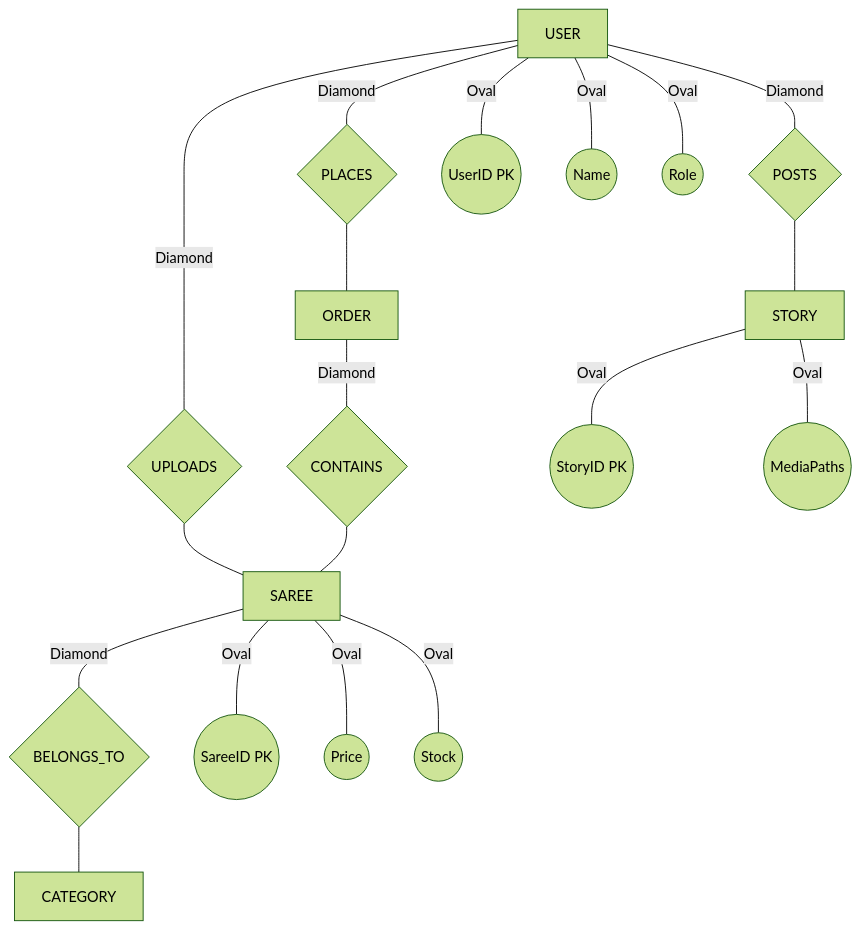
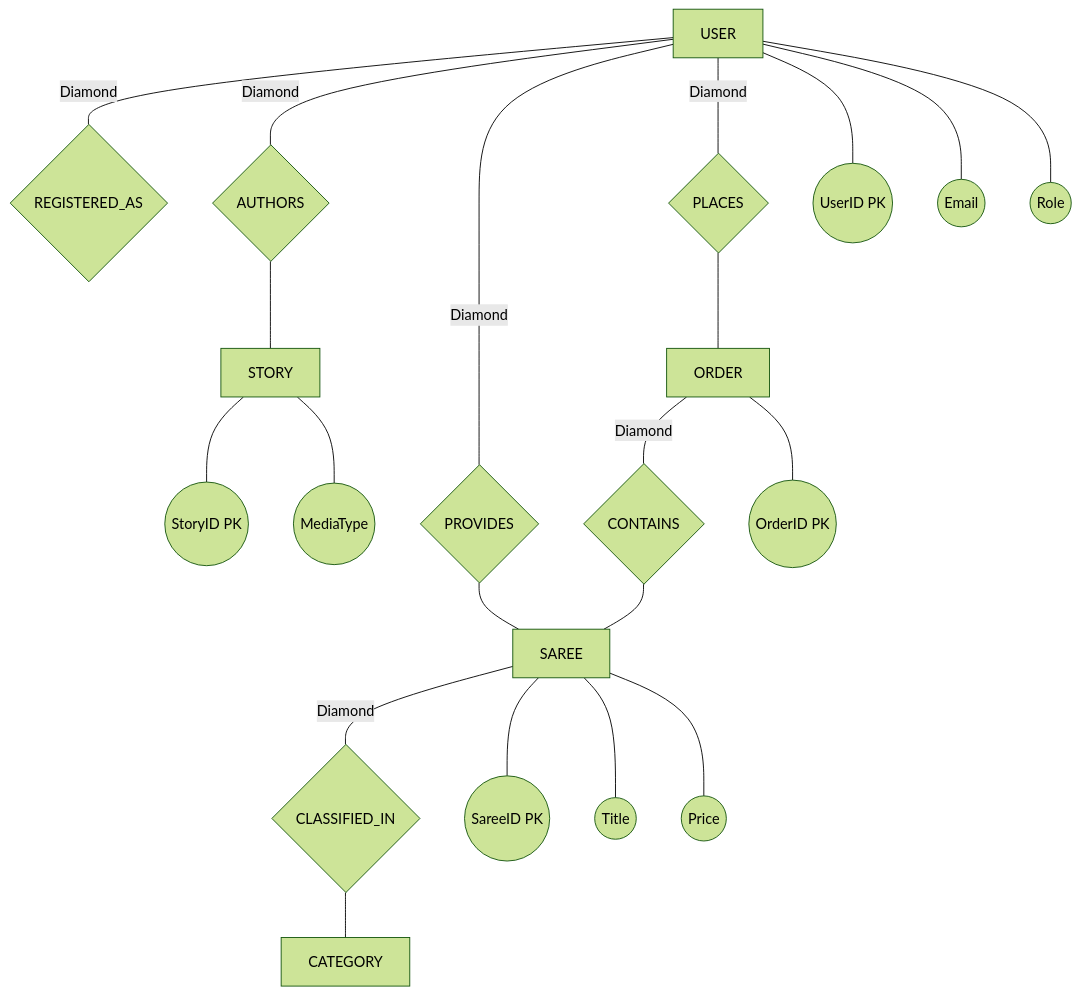
One commit to iBOYJAI/handloom-weavers-nexus changed the third of 3 diagrams in COMPLETE_PROJECT_REPORT.md. Above: the diagram before and after it, drawn with Mermaid (forest theme). The commit also changed other lines of this file and 1 other file, not shown here.

````diff
--- a/COMPLETE_PROJECT_REPORT.md
+++ b/COMPLETE_PROJECT_REPORT.md
@@ -203,26 +286,28 @@
 ```mermaid
 flowchart TD
     %% Entities
     U[USER]
     S[SAREE]
     ST[STORY]
     C[CATEGORY]
     O[ORDER]
 
-    %% Relationships
-    U ---|Diamond| Rel1{UPLOADS} --- S
-    U ---|Diamond| Rel2{POSTS} --- ST
-    S ---|Diamond| Rel3{BELONGS_TO} --- C
-    U ---|Diamond| Rel4{PLACES} --- O
-    O ---|Diamond| Rel5{CONTAINS} --- S
+    %% Relationships (Diamonds)
+    U ---|Diamond| R1{REGISTERED_AS}
+    U ---|Diamond| R2{AUTHORS} --- ST
+    U ---|Diamond| R3{PROVIDES} --- S
+    S ---|Diamond| R4{CLASSIFIED_IN} --- C
+    U ---|Diamond| R5{PLACES} --- O
+    O ---|Diamond| R6{CONTAINS} --- S
 
-    %% Attributes
-    U ---|Oval| UA1((UserID PK))
-    U ---|Oval| UA2((Name))
-    U ---|Oval| UA3((Role))
-    S ---|Oval| SA1((SareeID PK))
-    S ---|Oval| SA2((Price))
-    S ---|Oval| SA3((Stock))
-    ST ---|Oval| STA1((StoryID PK))
-    ST ---|Oval| STA2((MediaPaths))
+    %% Attributes (Ovals)
+    U --- UA1((UserID PK))
+    U --- UA2((Email))
+    U --- UA3((Role))
+    S --- SA1((SareeID PK))
+    S --- SA2((Title))
+    S --- SA3((Price))
+    ST --- STA1((StoryID PK))
+    ST --- STA2((MediaType))
+    O --- OA1((OrderID PK))
 ```
````
